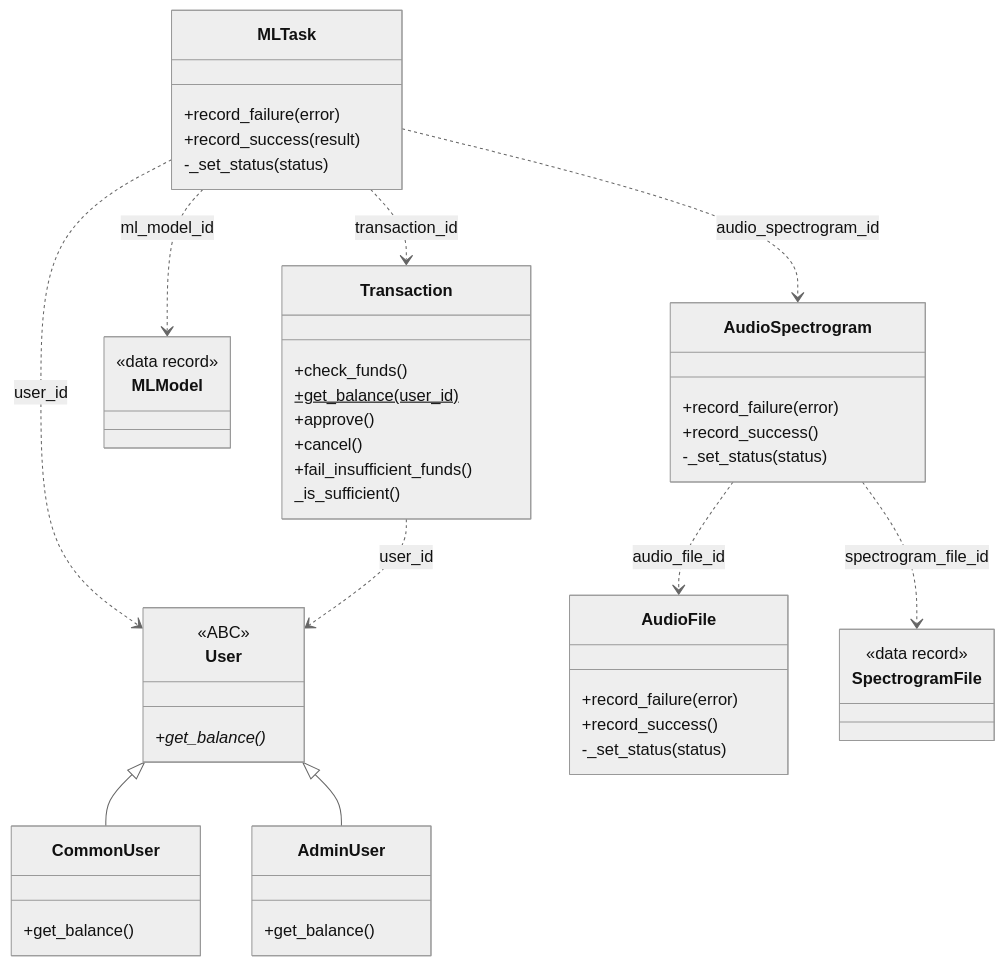
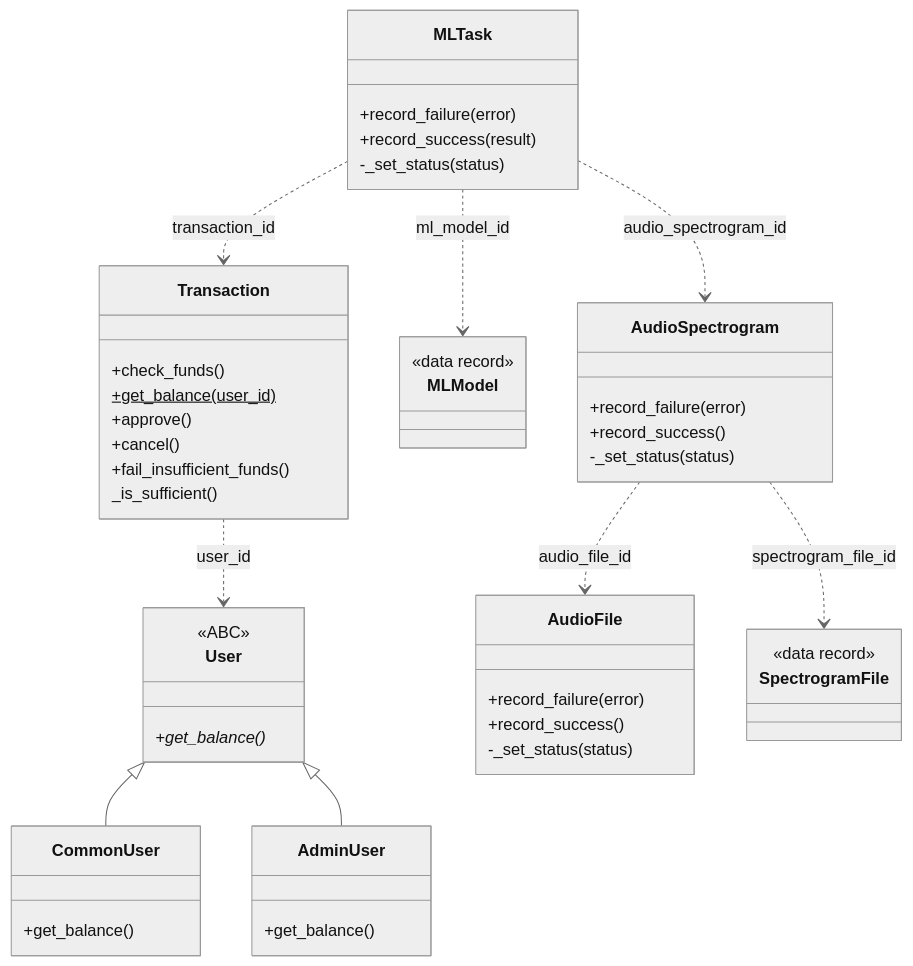
One commit to Ch1g/MusicGenreSommelierAI changed the first of 2 diagrams in README.md. Above: the diagram before and after it, drawn with Mermaid (neutral theme). The commit also changed other lines of this file and 6 other files, not shown here.

````diff
--- a/README.md
+++ b/README.md
@@ -31,63 +32,62 @@
 ```mermaid
 classDiagram
     direction TB
 
     class User {
         <<ABC>>
         +get_balance()* 
     }
 
     class CommonUser {
         +get_balance()
     }
 
     class AdminUser {
         +get_balance()
     }
 
     class AudioFile {
         +record_failure(error)
         +record_success()
         -_set_status(status)
     }
 
     class SpectrogramFile {
         <<data record>>
     }
 
     class AudioSpectrogram {
         +record_failure(error)
         +record_success()
         -_set_status(status)
     }
 
     class MLModel {
         <<data record>>
     }
 
     class MLTask {
         +record_failure(error)
         +record_success(result)
         -_set_status(status)
     }
 
     class Transaction {
         +check_funds()
         +get_balance(user_id) $
         +approve()
         +cancel()
         +fail_insufficient_funds()
         _is_sufficient()
     }
 
     User <|-- CommonUser
     User <|-- AdminUser
 
-    MLTask ..> User : user_id
     MLTask ..> Transaction : transaction_id
     MLTask ..> MLModel : ml_model_id
     MLTask ..> AudioSpectrogram : audio_spectrogram_id
     Transaction ..> User : user_id
     AudioSpectrogram ..> AudioFile : audio_file_id
     AudioSpectrogram ..> SpectrogramFile : spectrogram_file_id
 ```
````
